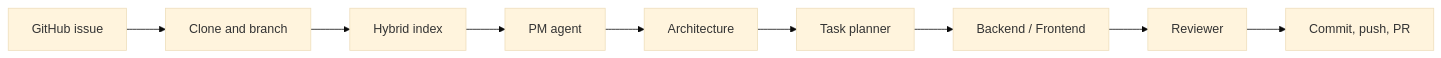
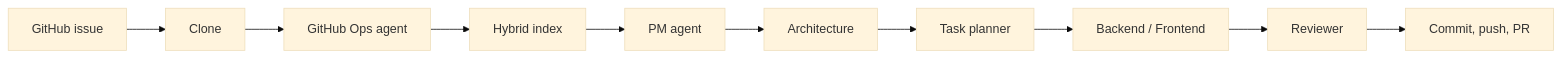
The diagram in README.md (harikris001/CoCoder), drawn with Mermaid (base theme) before and after one commit. The commit also changed other lines of this file and 22 other files, not shown here.

Commit message:
📌New Agent - GitOps for context aware merging

````diff
--- a/README.md
+++ b/README.md
@@ -35,11 +35,12 @@
 ```mermaid
 flowchart LR
-  issue[GitHub issue] --> ingest[Clone and branch]
-  ingest --> index[Hybrid index]
+  issue[GitHub issue] --> ingest[Clone]
+  ingest --> gitopsAgent[GitHub Ops agent]
+  gitopsAgent --> index[Hybrid index]
   index --> pm[PM agent]
   pm --> arch[Architecture]
   arch --> plan[Task planner]
   plan --> dev[Backend / Frontend]
   dev --> review[Reviewer]
   review --> pr[Commit, push, PR]
 ```
````
